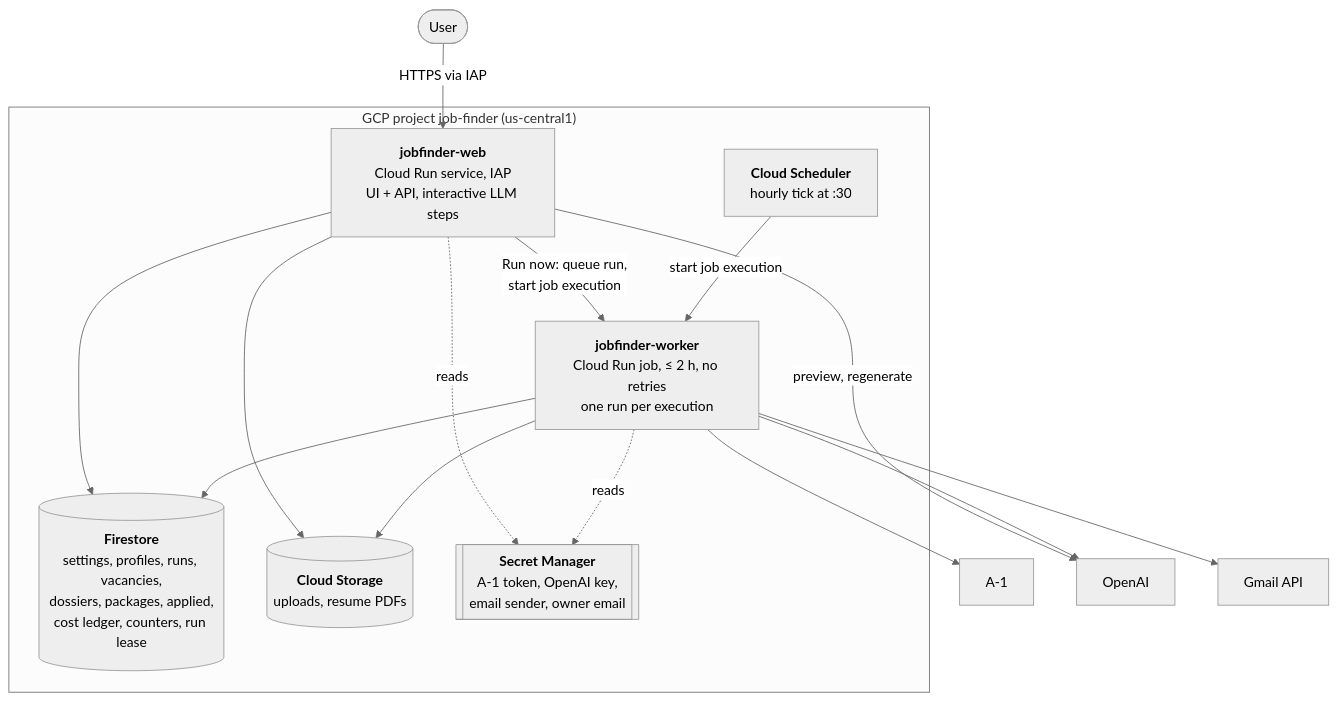
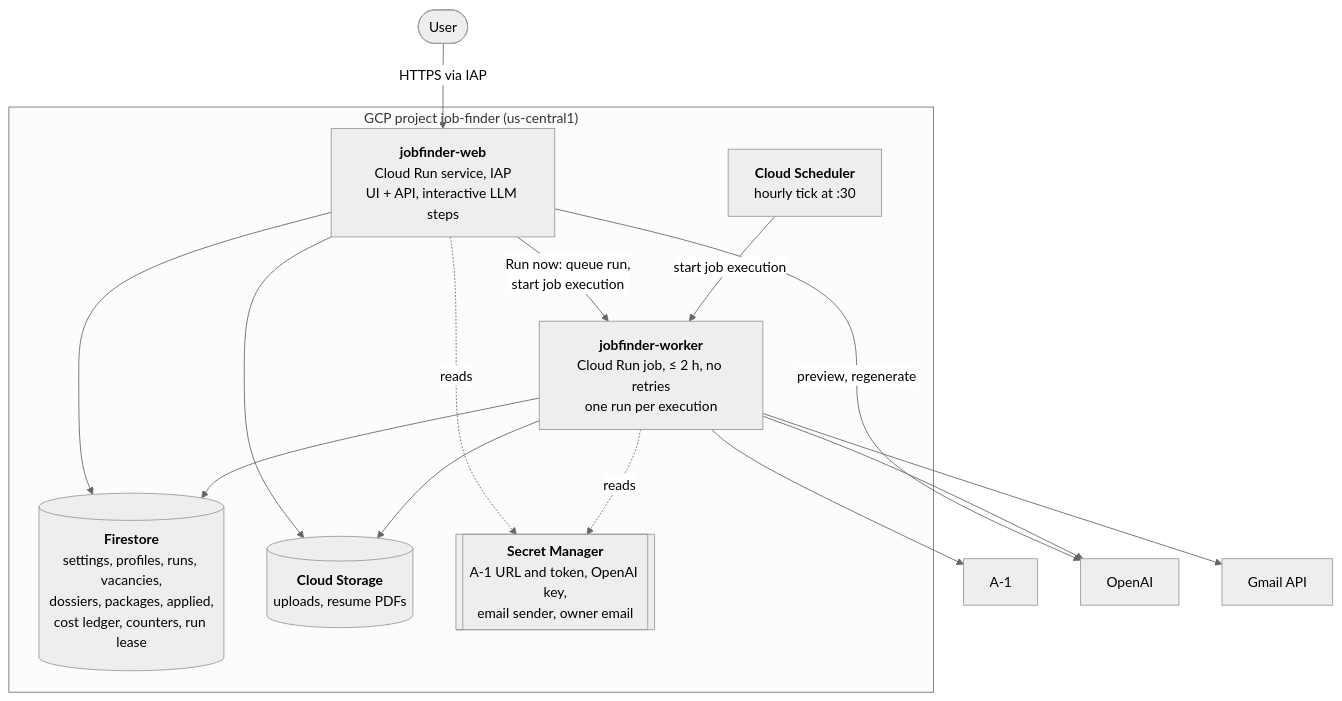
The second of 5 diagrams in docs/architecture.md (ArtemenkoAndrii/job-assistant), drawn with Mermaid (neutral theme) before and after one commit. The commit also changed other lines of this file and 52 other files, not shown here.

````diff
--- a/docs/architecture.md
+++ b/docs/architecture.md
@@ -51,31 +51,31 @@
 ```mermaid
 flowchart TB
     user(["User"])
 
     subgraph gcp["GCP project job-finder (us-central1)"]
         web["<b>jobfinder-web</b><br/>Cloud Run service, IAP<br/>UI + API, interactive LLM steps"]
         sched["<b>Cloud Scheduler</b><br/>hourly tick at :30"]
         worker["<b>jobfinder-worker</b><br/>Cloud Run job, ≤ 2 h, no retries<br/>one run per execution"]
         fs[("<b>Firestore</b><br/>settings, profiles, runs, vacancies,<br/>dossiers, packages, applied,<br/>cost ledger, counters, run lease")]
         gcs[("<b>Cloud Storage</b><br/>uploads, resume PDFs")]
-        sm[["<b>Secret Manager</b><br/>A-1 token, OpenAI key,<br/>email sender, owner email"]]
+        sm[["<b>Secret Manager</b><br/>A-1 URL and token, OpenAI key,<br/>email sender, owner email"]]
     end
 
     a1["A-1"]
     llm["OpenAI"]
     gmail["Gmail API"]
 
     user -- "HTTPS via IAP" --> web
     web --> fs
     web --> gcs
     web -- "preview, regenerate" --> llm
     web -- "Run now: queue run,<br/>start job execution" --> worker
     sched -- "start job execution" --> worker
     worker --> fs
     worker --> gcs
     worker --> a1
     worker --> llm
     worker --> gmail
     web -. reads .-> sm
     worker -. reads .-> sm
 ```
````
